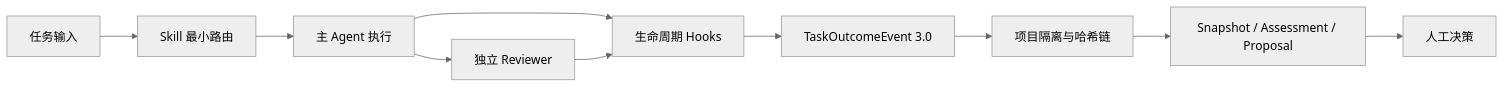
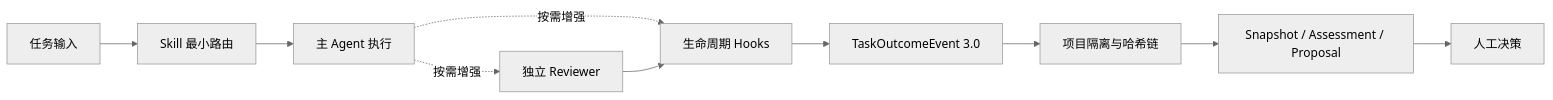
Before and after one commit to JimmyVGDY/codex-long-term-assistant-skills: the diagram in README.md, drawn with Mermaid (neutral theme). The commit also changed other lines of this file and 62 other files, not shown here.

````diff
--- a/README.md
+++ b/README.md
@@ -81,12 +81,12 @@
 ```mermaid
 flowchart LR
     A[任务输入] --> B[Skill 最小路由]
     B --> C[主 Agent 执行]
-    C --> D[独立 Reviewer]
-    C --> E[生命周期 Hooks]
+    C -. 按需增强 .-> D[独立 Reviewer]
+    C -. 按需增强 .-> E[生命周期 Hooks]
     D --> E
     E --> F[TaskOutcomeEvent 3.0]
     F --> G[项目隔离与哈希链]
     G --> H[Snapshot / Assessment / Proposal]
     H --> I[人工决策]
 ```
````
